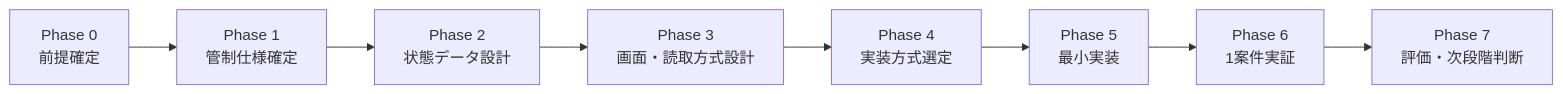
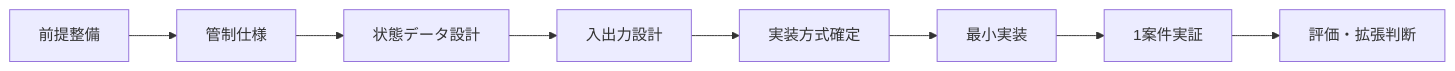
Before and after one commit to xxxinakenxxx-hash/Aegis-Mesh: the first of 3 diagrams in docs/計画/【Aegis Mesh】計画書.md, drawn with Mermaid. The commit also changed other lines of this file, not shown here.

````diff
--- a/docs/計画/【Aegis Mesh】計画書.md
+++ b/docs/計画/【Aegis Mesh】計画書.md
@@ -33,13 +33,13 @@
 ```mermaid
 flowchart LR
-    P0[Phase 0<br>前提確定]
-    P1[Phase 1<br>管制仕様確定]
-    P2[Phase 2<br>状態データ設計]
-    P3[Phase 3<br>画面・読取方式設計]
-    P4[Phase 4<br>実装方式選定]
-    P5[Phase 5<br>最小実装]
-    P6[Phase 6<br>1案件実証]
-    P7[Phase 7<br>評価・次段階判断]
+    A[前提整備]
+    B[管制仕様]
+    C[状態データ設計]
+    D[入出力設計]
+    E[実装方式確定]
+    F[最小実装]
+    G[1案件実証]
+    H[評価・拡張判断]
 
-    P0 --> P1 --> P2 --> P3 --> P4 --> P5 --> P6 --> P7
+    A --> B --> C --> D --> E --> F --> G --> H
 ```
````
